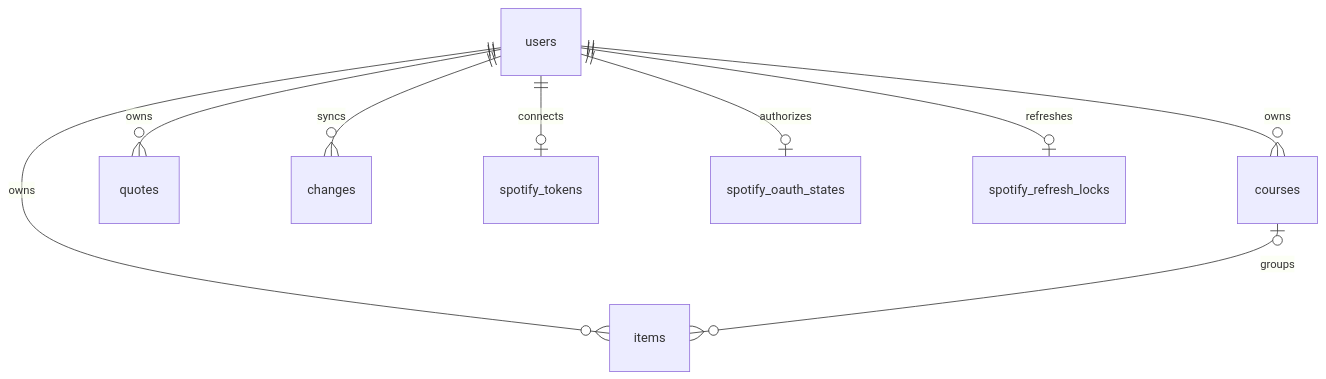
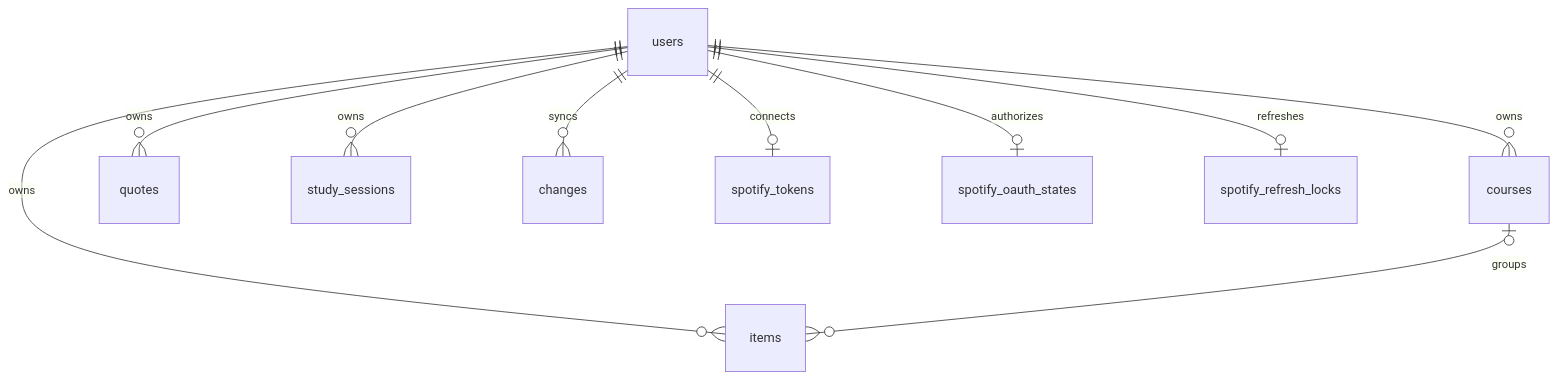
Before and after one commit to gvogas/medDashboard: the diagram in docs/DATA-MODEL.md, drawn with Mermaid. The commit also changed other lines of this file and 30 other files, not shown here.

First line of the commit message:
Study timer: your own flow, a flip clock, and a focus screen with Spotify

````diff
--- a/docs/DATA-MODEL.md
+++ b/docs/DATA-MODEL.md
@@ -30,11 +31,12 @@
 ```mermaid
 erDiagram
     users ||--o{ courses : owns
     users ||--o{ items : owns
     users ||--o{ quotes : owns
+    users ||--o{ study_sessions : owns
     courses o|--o{ items : groups
     users ||--o{ changes : syncs
     users ||--o| spotify_tokens : connects
     users ||--o| spotify_oauth_states : authorizes
     users ||--o| spotify_refresh_locks : refreshes
 ```
````
